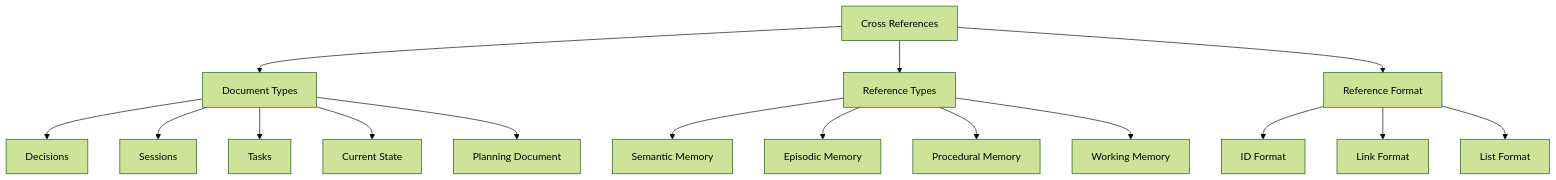
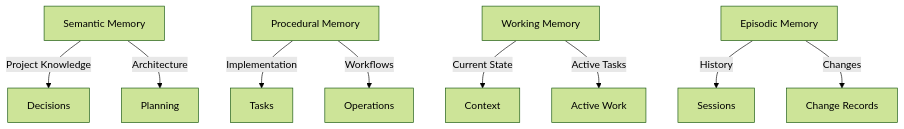
Before and after one commit to FixingPixels/Aegis: the diagram in docs/cross_referencing.md, drawn with Mermaid (forest theme). The commit also changed other lines of this file and 61 other files, not shown here.

````diff
--- a/docs/cross_referencing.md
+++ b/docs/cross_referencing.md
@@ -7,21 +60,14 @@
 ```mermaid
 graph TD
-    A[Cross References] --> B[Document Types]
-    A --> C[Reference Types]
-    A --> D[Reference Format]
+    SM[Semantic Memory] -->|Project Knowledge| D[Decisions]
+    SM -->|Architecture| P[Planning]
     
-    B --> B1[Decisions]
-    B --> B2[Sessions]
-    B --> B3[Tasks]
-    B --> B4[Current State]
-    B --> B5[Planning Document]
+    PM[Procedural Memory] -->|Implementation| T[Tasks]
+    PM -->|Workflows| O[Operations]
     
-    C --> C1[Semantic Memory]
-    C --> C2[Episodic Memory]
-    C --> C3[Procedural Memory]
-    C --> C4[Working Memory]
+    WM[Working Memory] -->|Current State| C[Context]
+    WM -->|Active Tasks| AT[Active Work]
     
-    D --> D1[ID Format]
-    D --> D2[Link Format]
-    D --> D3[List Format]
+    EM[Episodic Memory] -->|History| S[Sessions]
+    EM -->|Changes| CH[Change Records]
 ```
````
